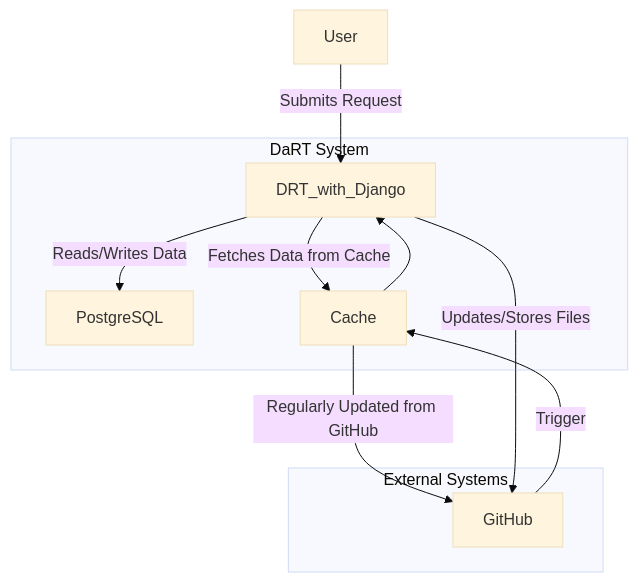
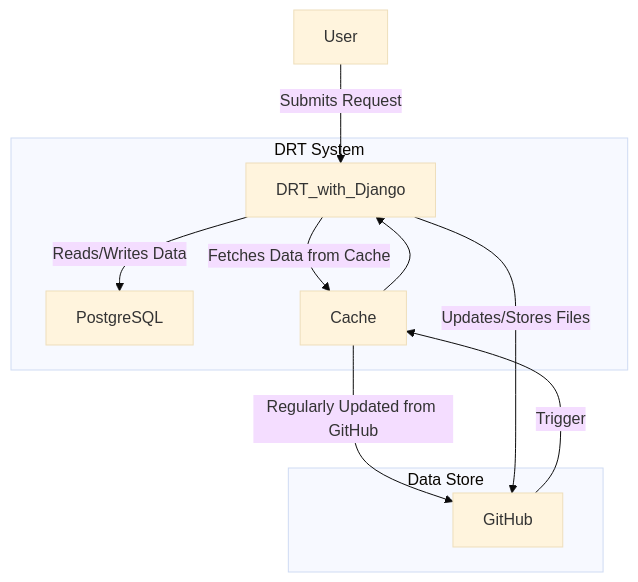
One commit to ClimateSmartAgCollab/DRT_Design_Document changed the diagram in README.md. Above: the diagram before and after it, drawn with Mermaid (base theme). The commit also changed other lines of this file, not shown here.

Commit message:
link to the DRT_DS_Test repo added

````diff
--- a/README.md
+++ b/README.md
@@ -2,20 +1,20 @@
 ```mermaid
 graph TD;
     User[User] --> |Submits Request| DRT_with_Django;
     DRT_with_Django --> |Reads/Writes Data| PostgreSQL;
     DRT_with_Django --> |Fetches Data from Cache| Cache;
     Cache --> |Regularly Updated from GitHub| GitHub;
     GitHub --Trigger--> Cache;
     Cache --> DRT_with_Django;
     DRT_with_Django --> |Updates/Stores Files| GitHub;
 
-    subgraph "DaRT System"
+    subgraph "DRT System"
         DRT_with_Django
         Cache
         PostgreSQL
     end
 
-    subgraph "External Systems"
+    subgraph "Data Store"
         GitHub
     end
 ```
````
